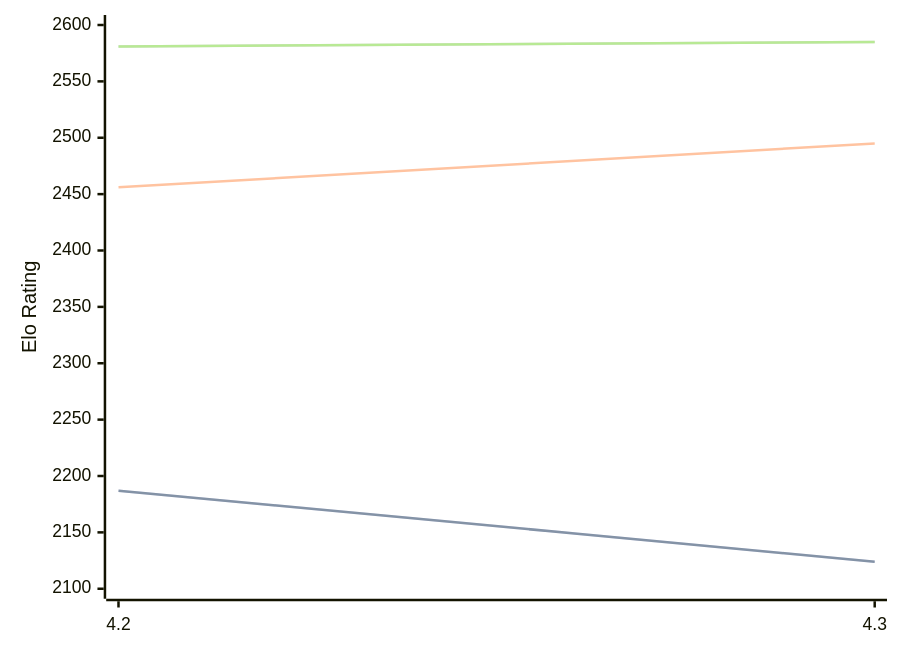
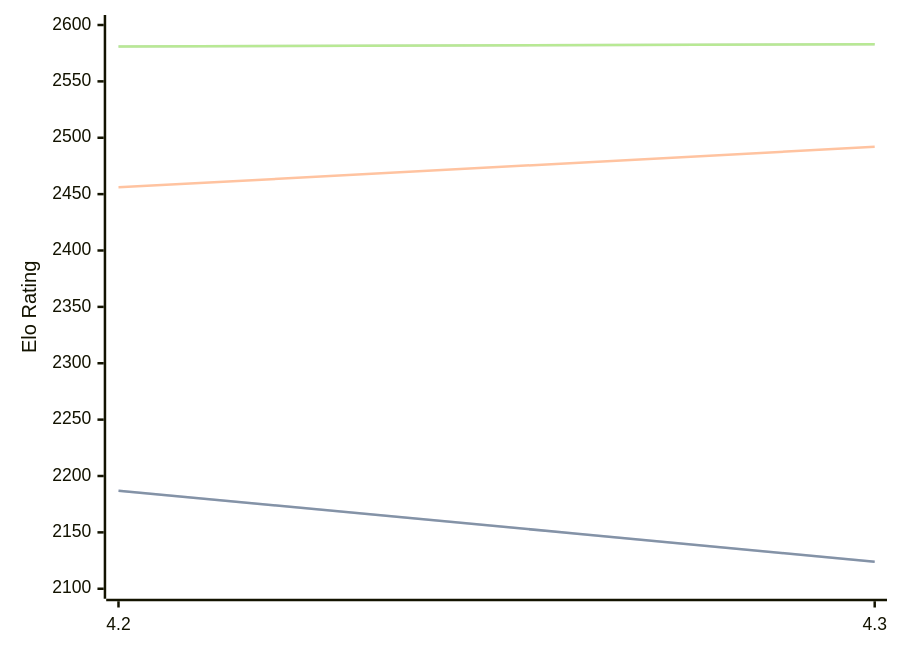
Before and after one commit to computer-chess-index/cci: the diagram in engines/Eubos.md, drawn with Mermaid. The commit also changed other lines of this file, not shown here.

Commit message:
Update CCI Ratings (ELO VLTC) - 2026-03-21

````diff
--- a/engines/Eubos.md
+++ b/engines/Eubos.md
@@ -88,11 +88,11 @@
 ```mermaid
 %%{init: {"theme":"base","themeVariables":{"seriesColors:['#a3a3a3','#222221','#faa371']}}}%%
 xychart-beta
   x-axis ["4.2", "4.3"]
   y-axis "Elo Rating" 2100 --> 2600
   line "STC (8.0+0.08s)" [2187, 2124]
   line "STC (8.0+0.08s)" [2187, 2124]
-  line "LTC (60.0+0.60s)" [2456, 2495]
-  line "VLTC (2m24s+1.12s)" [2581, 2585]
-  line "VLTC (2m24s+1.12s)" [2581, 2585]
+  line "LTC (60.0+0.60s)" [2456, 2492]
+  line "VLTC (2m24s+1.12s)" [2581, 2583]
+  line "VLTC (2m24s+1.12s)" [2581, 2583]
 ```
````
